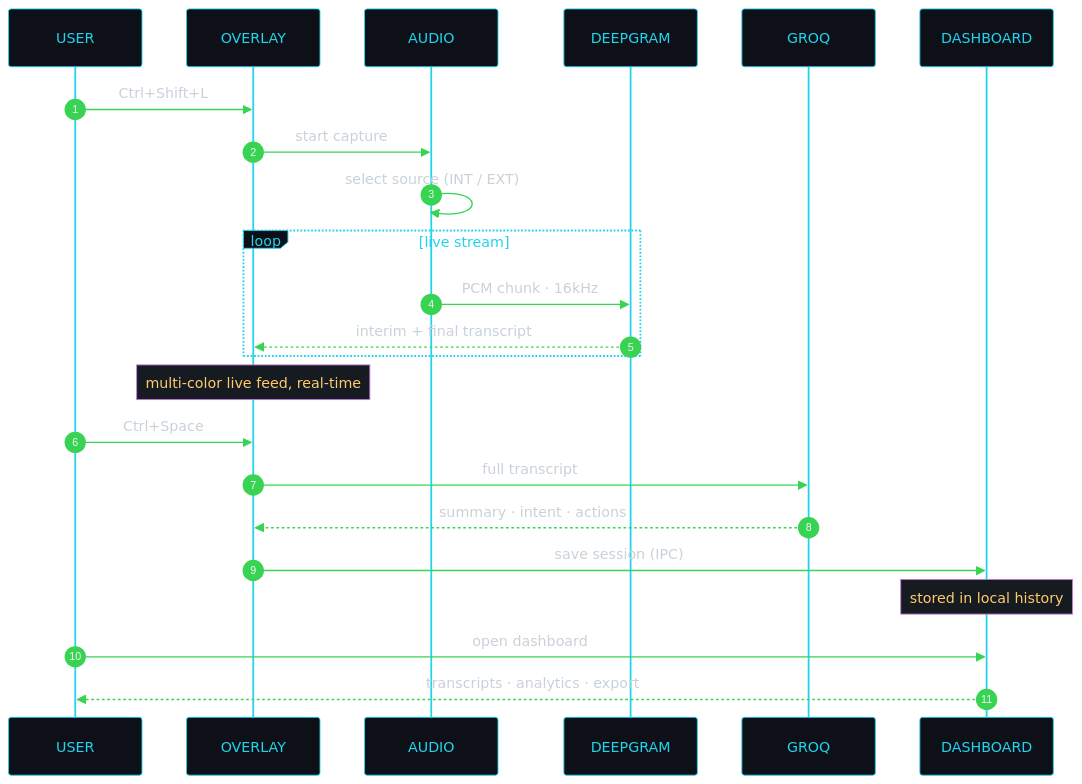
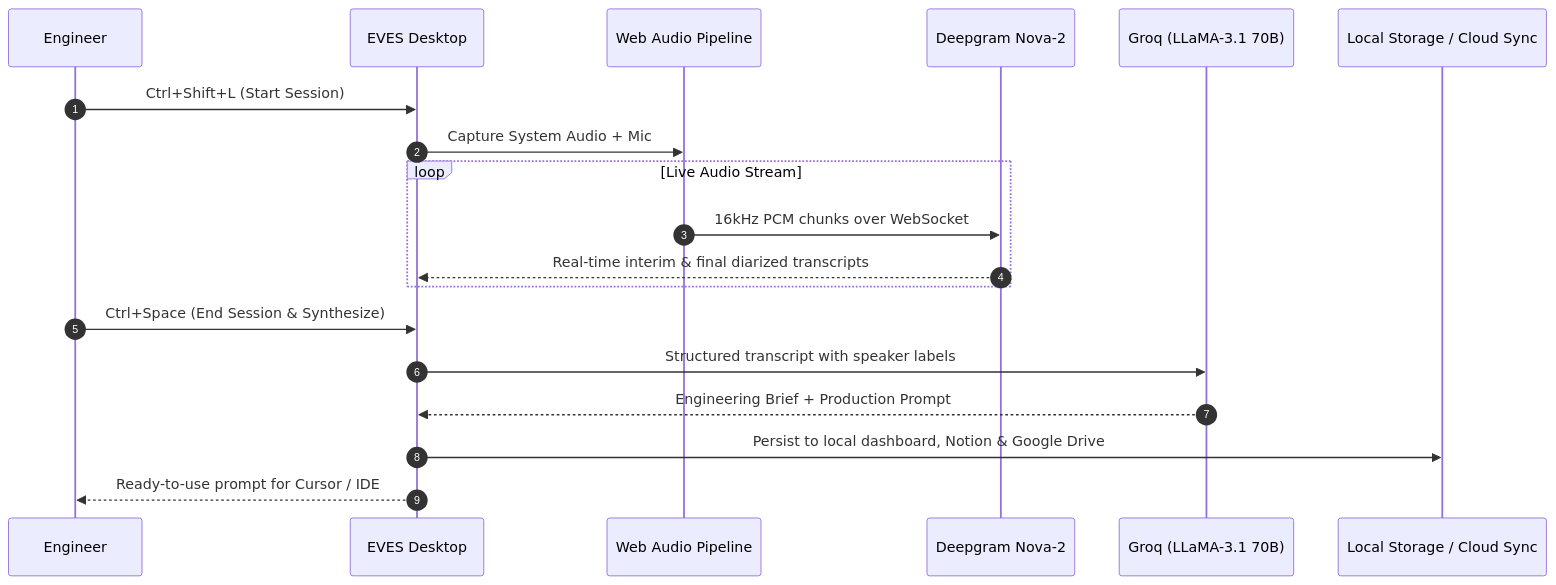
The diagram in README.md (SHAILESH-RS-UPADHYAY/eves), drawn with Mermaid before and after one commit. The commit also changed other lines of this file and 23 other files, not shown here.

````diff
--- a/README.md
+++ b/README.md
@@ -81,26 +69,22 @@
 ```mermaid
-%%{init: {'theme':'base','themeVariables':{'fontFamily':'monospace','primaryColor':'#161b22','primaryTextColor':'#c9d1d9','actorBkg':'#0d1117','actorBorder':'#22d3ee','actorTextColor':'#22d3ee','signalColor':'#39d353','signalTextColor':'#c9d1d9','noteBkgColor':'#161b22','noteBorderColor':'#c678dd','noteTextColor':'#ffcb6b','labelBoxBkgColor':'#0d1117','labelBoxBorderColor':'#22d3ee'}}}%%
 sequenceDiagram
     autonumber
-    participant U as USER
-    participant OL as OVERLAY
-    participant AU as AUDIO
-    participant DG as DEEPGRAM
-    participant GQ as GROQ
-    participant DB as DASHBOARD
-    U->>OL: Ctrl+Shift+L
-    OL->>AU: start capture
-    AU->>AU: select source (INT / EXT)
-    loop live stream
-        AU->>DG: PCM chunk · 16kHz
-        DG-->>OL: interim + final transcript
+    participant Dev as Engineer
+    participant App as EVES Desktop
+    participant Audio as Web Audio Pipeline
+    participant DG as Deepgram Nova-2
+    participant GQ as Groq (LLaMA-3.1 70B)
+    participant Store as Local Storage / Cloud Sync
+
+    Dev->>App: Ctrl+Shift+L (Start Session)
+    App->>Audio: Capture System Audio + Mic
+    loop Live Audio Stream
+        Audio->>DG: 16kHz PCM chunks over WebSocket
+        DG-->>App: Real-time interim & final diarized transcripts
     end
-    Note over OL: multi-color live feed, real-time
-    U->>OL: Ctrl+Space
-    OL->>GQ: full transcript
-    GQ-->>OL: summary · intent · actions
-    OL->>DB: save session (IPC)
-    Note over DB: stored in local history
-    U->>DB: open dashboard
-    DB-->>U: transcripts · analytics · export
+    Dev->>App: Ctrl+Space (End Session & Synthesize)
+    App->>GQ: Structured transcript with speaker labels
+    GQ-->>App: Engineering Brief + Production Prompt
+    App->>Store: Persist to local dashboard, Notion & Google Drive
+    App-->>Dev: Ready-to-use prompt for Cursor / IDE
 ```
````
